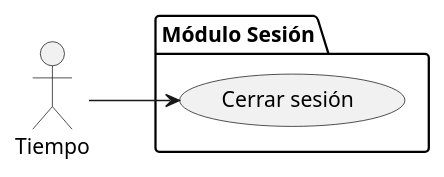
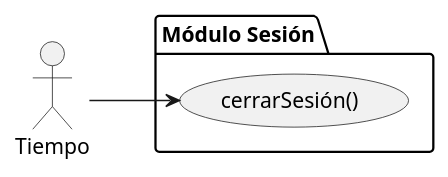
One commit to martinlopez7/25-26-IdSw1-SdR changed the diagram in documents/casos-de-uso/encontrarActoresYCasosDeUso/actoresYCasosDeUso-tiempo.puml. Above: the diagram before and after it, drawn with PlantUML. The commit also changed 7 other files, not shown here.

```diff
--- a/documents/casos-de-uso/encontrarActoresYCasosDeUso/actoresYCasosDeUso-tiempo.puml
+++ b/documents/casos-de-uso/encontrarActoresYCasosDeUso/actoresYCasosDeUso-tiempo.puml
@@ -1,13 +1,13 @@
 @startuml actoresYCasosDeUso-tiempo
 
 left to right direction
 
 actor "Tiempo" as tiempo
 
 package "Módulo Sesión" {
-  usecase "Cerrar sesión" as UC40
+  usecase "cerrarSesión()" as UC40
 }
 
 tiempo --> UC40
 
 @enduml
```
